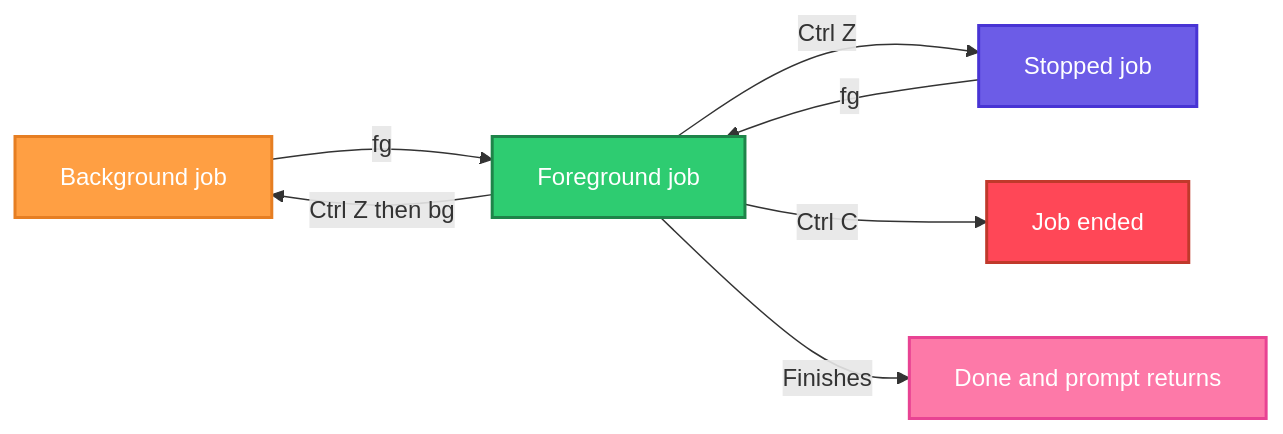
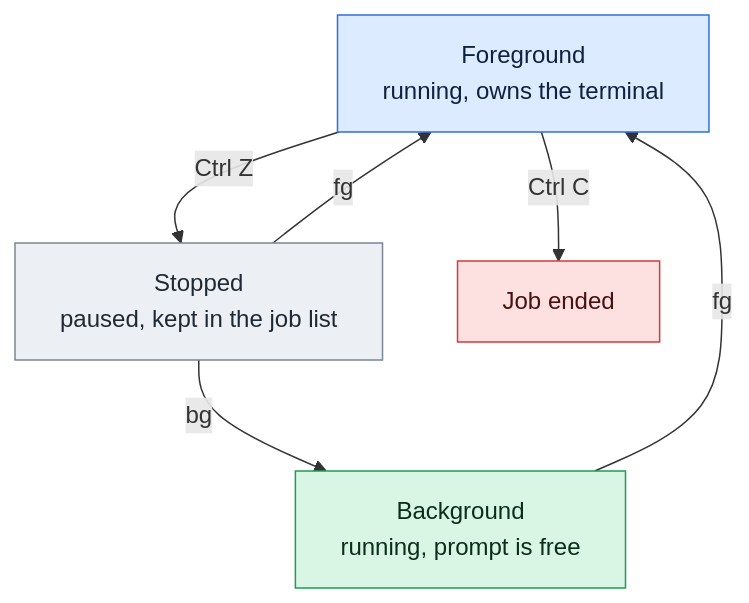
One commit to codeKerdosTech/DevOps-Documentation changed the diagram in linux/process-management/fg.md. Above: the diagram before and after it, drawn with Mermaid. The commit also changed other lines of this file and 165 other files, not shown here.

Commit message:
updated diagrams in linux

````diff
--- a/linux/process-management/fg.md
+++ b/linux/process-management/fg.md
@@ -31,21 +31,17 @@
 ```mermaid
-flowchart LR
-    A[Background job] -->|fg| B[Foreground job]
-    C[Stopped job] -->|fg| B
-    B -->|Ctrl Z| C
-    B -->|Ctrl Z then bg| A
-    B -->|Ctrl C| D[Job ended]
-    B -->|Finishes| E[Done and prompt returns]
-    classDef start fill:#6C5CE7,stroke:#4834D4,stroke-width:2px,color:#fff
-    classDef proc fill:#00B8D9,stroke:#0087A8,stroke-width:2px,color:#fff
-    classDef dec fill:#FFC312,stroke:#E1A100,stroke-width:2px,color:#222
-    classDef ok fill:#2ECC71,stroke:#1E8449,stroke-width:2px,color:#fff
-    classDef err fill:#FF4757,stroke:#C0392B,stroke-width:2px,color:#fff
-    classDef out fill:#FD79A8,stroke:#E84393,stroke-width:2px,color:#fff
-    classDef alt fill:#FF9F43,stroke:#E67E22,stroke-width:2px,color:#fff
-    class A alt
-    class B ok
-    class C start
-    class D err
-    class E out
+flowchart TD
+    i1[Foreground<br/>running, owns the terminal] -->|Ctrl Z| n1[Stopped<br/>paused, kept in the job list]
+    n1 -->|bg| o1[Background<br/>running, prompt is free]
+    n1 -->|fg| i1
+    o1 -->|fg| i1
+    i1 -->|Ctrl C| x1[Job ended]
+    classDef inp fill:#DCEBFF,stroke:#2F6FDE,color:#10213F
+    classDef cmd fill:#FFF0C2,stroke:#C98A00,color:#3A2A00
+    classDef out fill:#D9F5E3,stroke:#1F9D55,color:#0B2E1A
+    classDef bad fill:#FDE0E0,stroke:#D13B3B,color:#4A0F0F
+    classDef note fill:#ECEFF3,stroke:#7B8794,color:#1F2933
+    class i1 inp
+    class n1 note
+    class o1 out
+    class x1 bad
 ```
````
